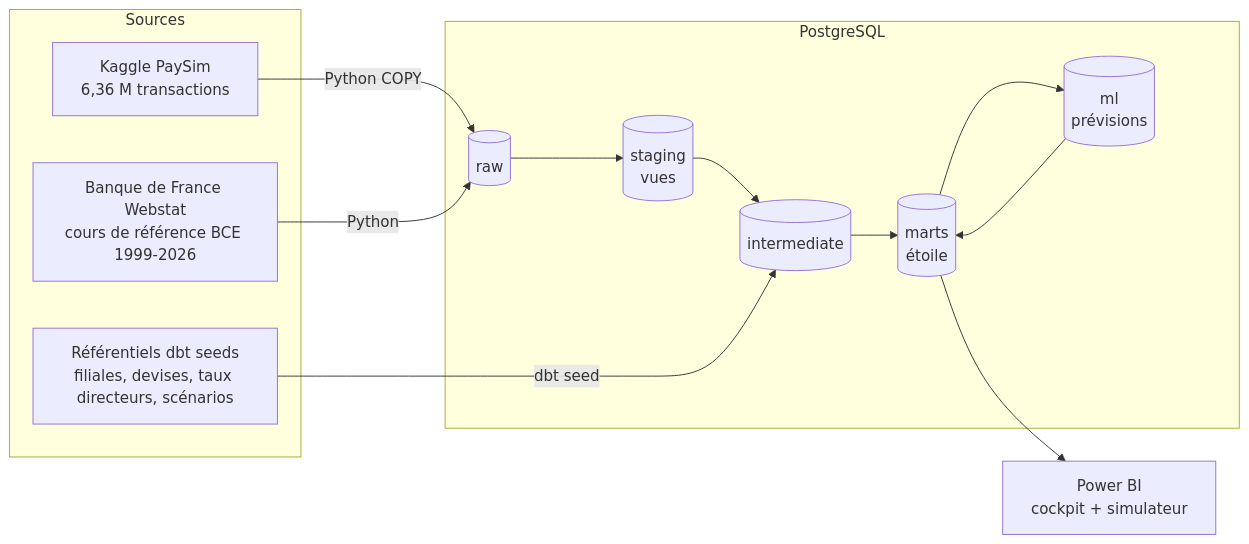
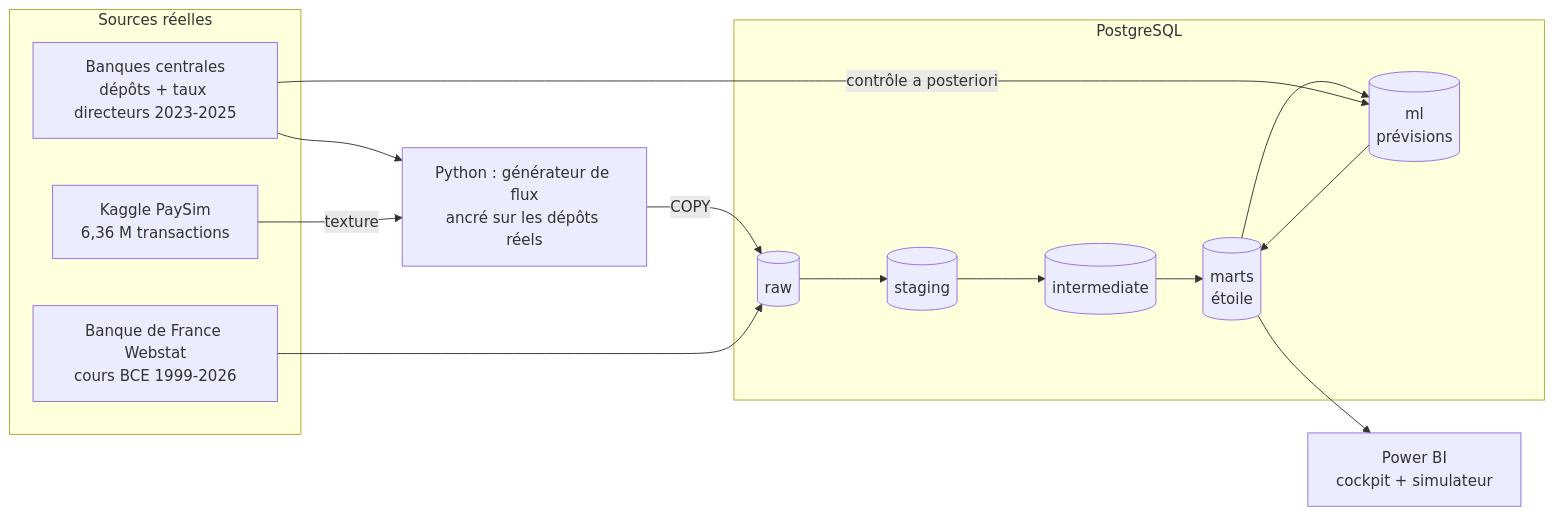
Before and after one commit to mehdi182003/projet_bi_finance: the first of 2 diagrams in README.md, drawn with Mermaid. The commit also changed other lines of this file and 94 other files, not shown here.

````diff
--- a/README.md
+++ b/README.md
@@ -20,16 +21,19 @@
 ```mermaid
 flowchart LR
-    subgraph Sources
+    subgraph Sources réelles
+        BC[Banques centrales<br/>dépôts + taux directeurs 2023-2025]
+        W[Banque de France Webstat<br/>cours BCE 1999-2026]
         K[Kaggle PaySim<br/>6,36 M transactions]
-        W[Banque de France Webstat<br/>cours de référence BCE 1999-2026]
-        R[Référentiels dbt seeds<br/>filiales, devises, taux directeurs, scénarios]
     end
+    G[Python : générateur de flux<br/>ancré sur les dépôts réels]
     subgraph PostgreSQL
-        RAW[(raw)] --> STG[(staging<br/>vues)] --> INT[(intermediate)] --> MARTS[(marts<br/>étoile)]
+        RAW[(raw)] --> STG[(staging)] --> INT[(intermediate)] --> MARTS[(marts<br/>étoile)]
         MARTS --> ML[(ml<br/>prévisions)] --> MARTS
     end
-    K -- Python COPY --> RAW
-    W -- Python --> RAW
-    R -- dbt seed --> INT
+    BC --> G
+    K -- texture --> G
+    G -- COPY --> RAW
+    W --> RAW
+    BC -- contrôle a posteriori --> ML
     MARTS --> PBI[Power BI<br/>cockpit + simulateur]
 ```
````
